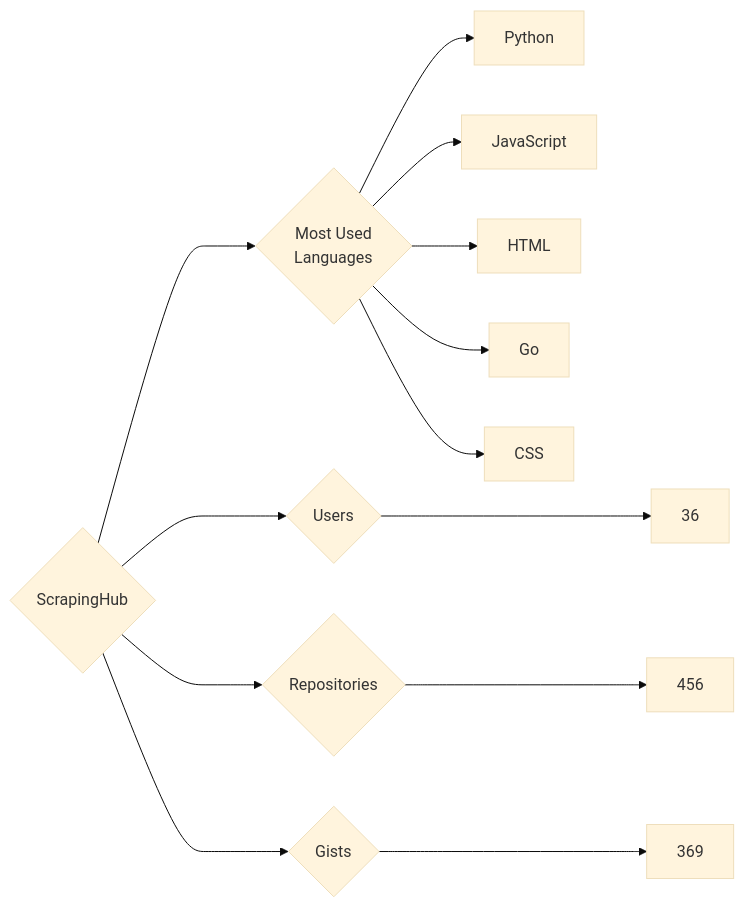
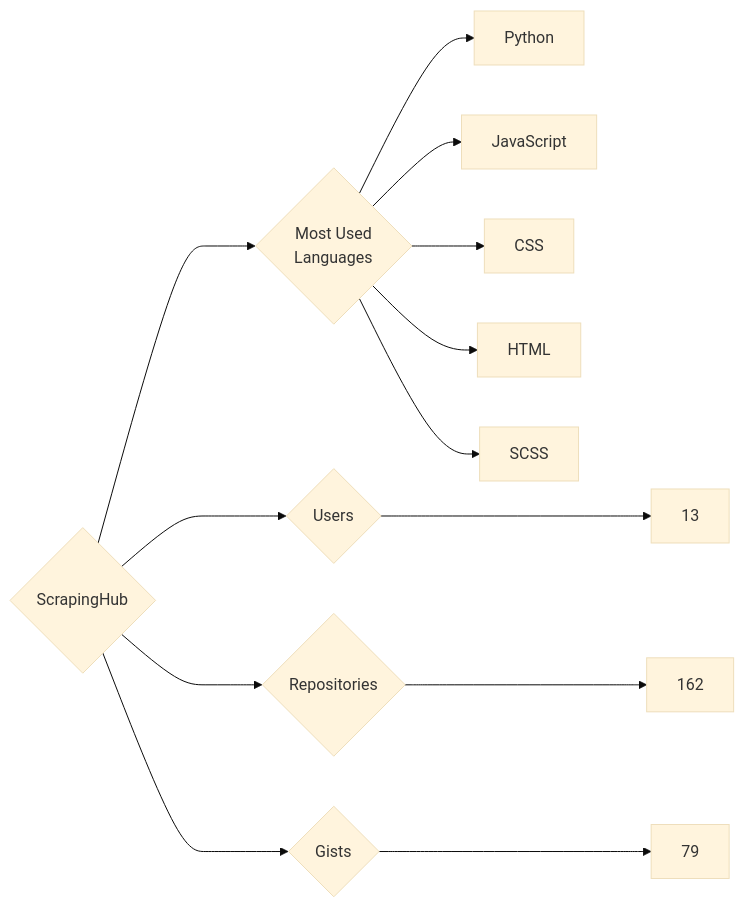
Before and after one commit to trickest/insiders: the diagram in targets/ScrapingHub/README.md, drawn with Mermaid (base theme). The commit also changed 695 other files, not shown here.

````diff
--- a/targets/ScrapingHub/README.md
+++ b/targets/ScrapingHub/README.md
@@ -3,13 +3,13 @@
 ```mermaid
 graph LR
 COMPANY_NAME{ScrapingHub}
-COMPANY_NAME ---> U{Users} ---> UN[36]
-COMPANY_NAME ---> R{Repositories} ---> RN[456]
-COMPANY_NAME ---> G{Gists} ---> GN[369]
+COMPANY_NAME ---> U{Users} ---> UN[13]
+COMPANY_NAME ---> R{Repositories} ---> RN[162]
+COMPANY_NAME ---> G{Gists} ---> GN[79]
 COMPANY_NAME ---> ML{Most Used<br>Languages}
 ML --> Python[Python]
 ML --> JavaScript[JavaScript]
+ML --> CSS[CSS]
 ML --> HTML[HTML]
-ML --> Go[Go]
-ML --> CSS[CSS]
+ML --> SCSS[SCSS]
 ```
````
